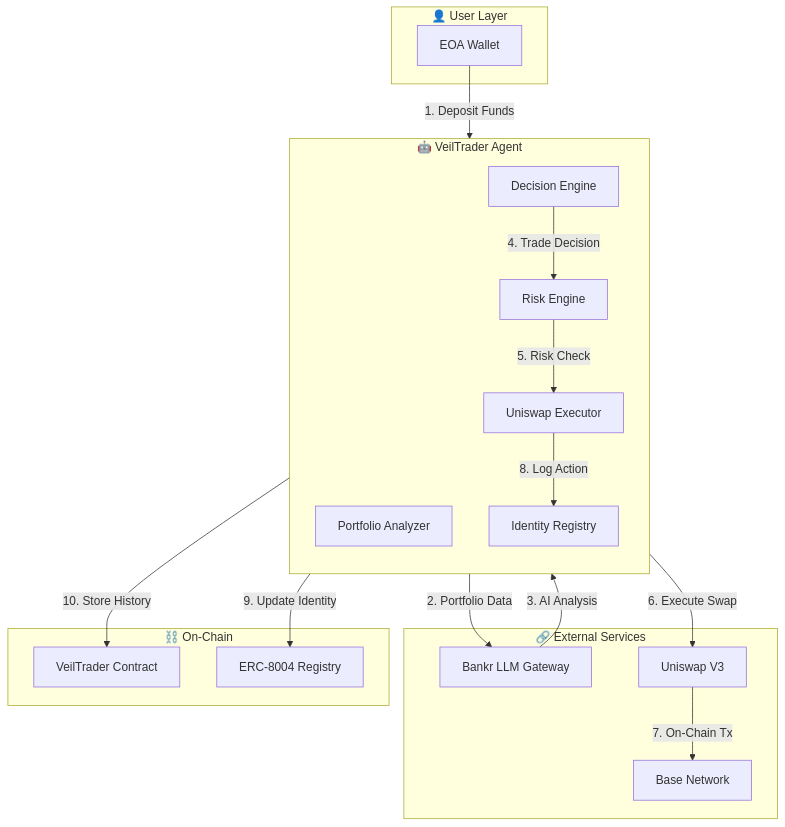
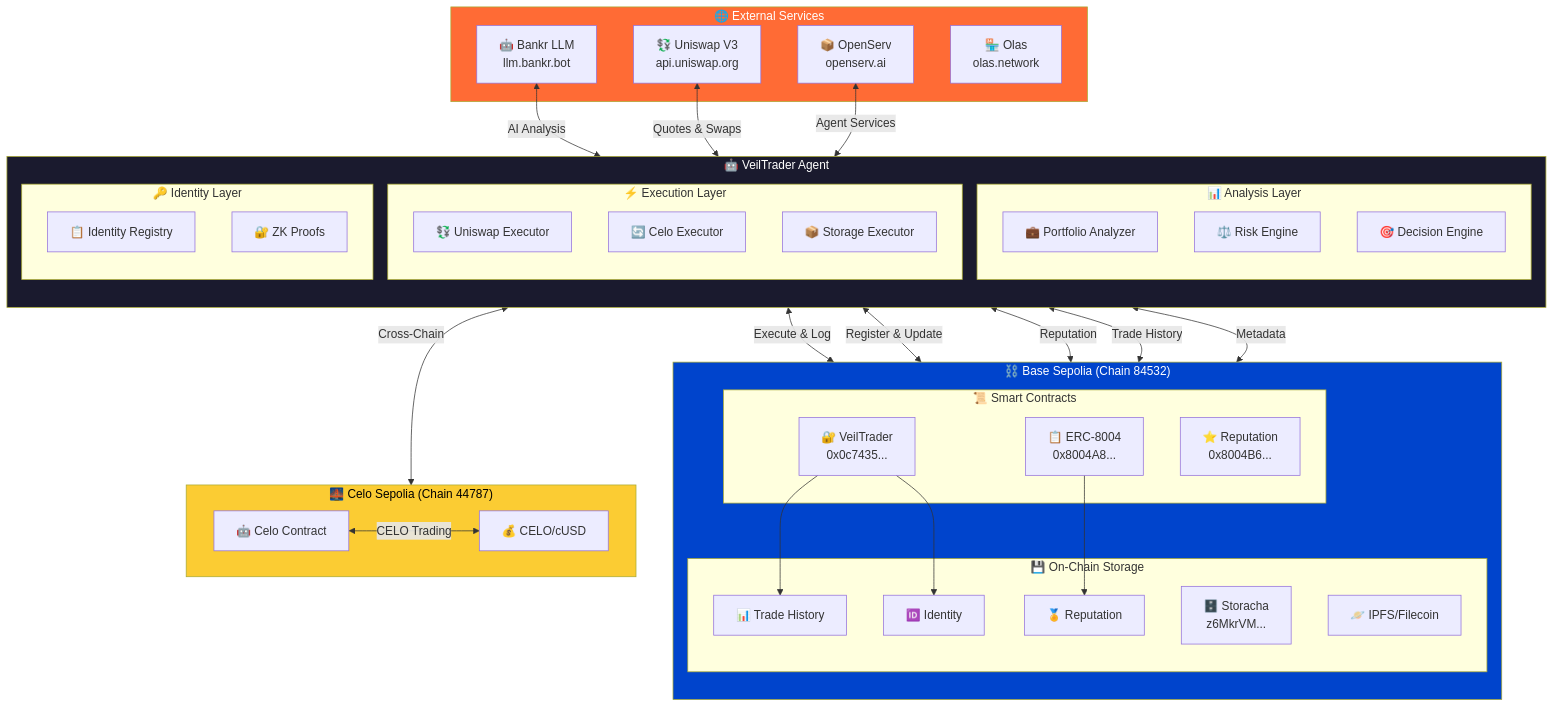
Before and after one commit to Moses-main/VeilTrader: the first of 8 diagrams in README.md, drawn with Mermaid. The commit also changed other lines of this file, not shown here.

First line of the commit message:
docs: add comprehensive mermaid architecture diagrams

````diff
--- a/README.md
+++ b/README.md
@@ -42,37 +42,85 @@
 ```mermaid
 flowchart TB
-    subgraph User["👤 User Layer"]
-        UserWallet["EOA Wallet"]
+    subgraph External["🌐 External Services"]
+        BG["🤖 Bankr LLM<br/>llm.bankr.bot"]
+        UNI["💱 Uniswap V3<br/>api.uniswap.org"]
+        ST["📦 OpenServ<br/>openserv.ai"]
+        OL["🏪 Olas<br/>olas.network"]
+    end
+
+    subgraph BaseNet["⛓️ Base Sepolia (Chain 84532)"]
+        direction TB
+        subgraph Contracts["📜 Smart Contracts"]
+            VC["🔐 VeilTrader<br/>0x0c7435..."]
+            ERC8["📋 ERC-8004<br/>0x8004A8..."]
+            ERC8R["⭐ Reputation<br/>0x8004B6..."]
+        end
+        subgraph Storage["💾 On-Chain Storage"]
+            TH["📊 Trade History"]
+            ID["🆔 Identity"]
+            REP["🏅 Reputation"]
+        end
+    end
+
+    subgraph CeloNet["🌉 Celo Sepolia (Chain 44787)"]
+        CC["🤖 Celo Contract"]
+        CELO["💰 CELO/cUSD"]
     end
 
     subgraph Agent["🤖 VeilTrader Agent"]
         direction TB
-        PA[Portfolio Analyzer]
-        RE[Risk Engine]
-        DE[Decision Engine]
-        UE[Uniswap Executor]
-        IR[Identity Registry]
+        subgraph Analysis["📊 Analysis Layer"]
+            PA["💼 Portfolio Analyzer"]
+            RE["⚖️ Risk Engine"]
+            DE["🎯 Decision Engine"]
+        end
+
+        subgraph Execution["⚡ Execution Layer"]
+            UE["💱 Uniswap Executor"]
+            CE["🔄 Celo Executor"]
+            STX["📦 Storage Executor"]
+        end
+
+        subgraph Identity["🔑 Identity Layer"]
+            IR["📋 Identity Registry"]
+            PROOF["🔐 ZK Proofs"]
+        end
     end
 
-    subgraph External["🔗 External Services"]
-        BG["Bankr LLM Gateway"]
-        UNI["Uniswap V3"]
-        Base["Base Network"]
+    subgraph Storage["📦 Decentralized Storage"]
+        STORACHA["🗄️ Storacha<br/>z6MkrVM..."]
+        IPFS["🪐 IPFS/Filecoin"]
     end
 
-    subgraph OnChain["⛓️ On-Chain"]
-        VC[VeilTrader Contract]
-        ERC[ERC-8004 Registry]
-    end
+    %% External to Agent
+    BG <-->|"AI Analysis"| DE
+    UNI <-->|"Quotes & Swaps"| UE
 
-    UserWallet -->|"1. Deposit Funds"| PA
-    PA -->|"2. Portfolio Data"| BG
-    BG -->|"3. AI Analysis"| DE
-    DE -->|"4. Trade Decision"| RE
-    RE -->|"5. Risk Check"| UE
-    UE -->|"6. Execute Swap"| UNI
-    UNI -->|"7. On-Chain Tx"| Base
-    UE -->|"8. Log Action"| IR
-    IR -->|"9. Update Identity"| ERC
-    UE -->|"10. Store History"| VC
+    %% Agent to Base
+    UE <-->|"Execute & Log"| VC
+    IR <-->|"Register & Update"| ERC8
+    IR <-->|"Reputation"| ERC8R
+
+    %% Contract internals
+    VC --> TH
+    VC --> ID
+    ERC8 --> REP
+
+    %% Celo integration
+    CE <-->|"Cross-Chain"| CeloNet
+    CC <-->|"CELO Trading"| CELO
+
+    %% Storage
+    STX <-->|"Trade History"| STORACHA
+    STX <-->|"Metadata"| IPFS
+
+    %% OpenServ
+    ST <-->|"Agent Services"| Agent
+
+    %% Style
+    style Agent fill:#1a1a2e,color:#fff
+    style BaseNet fill:#0044cc,color:#fff
+    style External fill:#ff6b35,color:#fff
+    style CeloNet fill:#fbcc33,color:#000
+    style Storage fill:#00d4aa,color:#000
 ```
````
